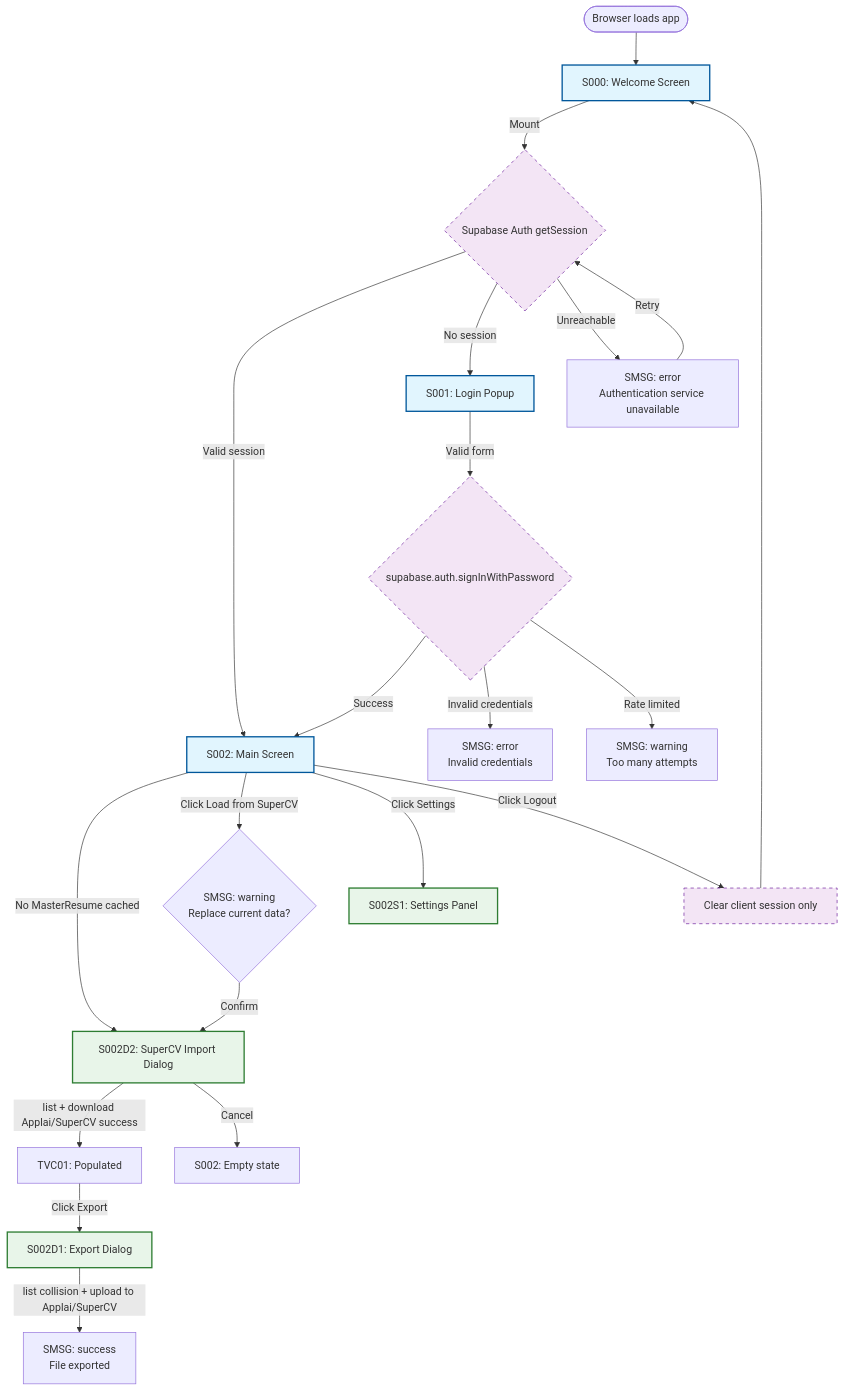
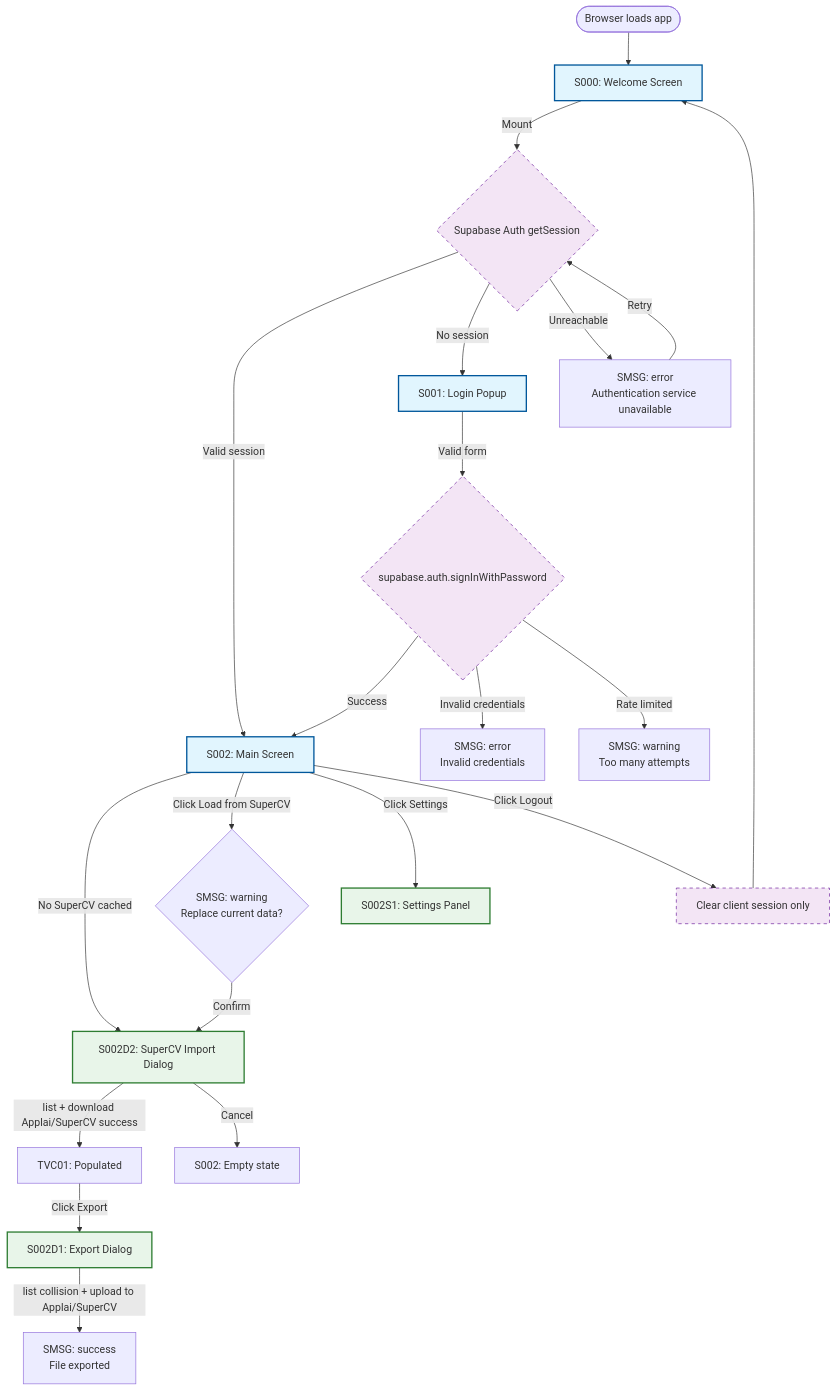
One commit to realB12/ApplAi_Generator changed the diagram in VSC/client/AI/KIMI/CONFIG/SPEC.md. Above: the diagram before and after it, drawn with Mermaid. The commit also changed other lines of this file and 4 other files, not shown here.

````diff
--- a/VSC/client/AI/KIMI/CONFIG/SPEC.md
+++ b/VSC/client/AI/KIMI/CONFIG/SPEC.md
@@ -626,30 +626,30 @@
 ```mermaid
 flowchart TD
     Start([Browser loads app]) --> S000
     S000[S000: Welcome Screen] -->|Mount| Session{Supabase Auth getSession}
     Session -->|Valid session| S002[S002: Main Screen]
     Session -->|No session| S001[S001: Login Popup]
     Session -->|Unreachable| SMSG_Error1[SMSG: error<br/>Authentication service unavailable]
     SMSG_Error1 -->|Retry| Session
     S001 -->|Valid form| LoginAPI{supabase.auth.signInWithPassword}
     LoginAPI -->|Success| S002
     LoginAPI -->|Invalid credentials| SMSG_Error2[SMSG: error<br/>Invalid credentials]
     LoginAPI -->|Rate limited| SMSG_Warn1[SMSG: warning<br/>Too many attempts]
-    S002 -->|No MasterResume cached| S002D2[S002D2: SuperCV Import Dialog]
+    S002 -->|No SuperCV cached| S002D2[S002D2: SuperCV Import Dialog]
     S002 -->|Click Load from SuperCV| ConfirmReplace{SMSG: warning<br/>Replace current data?}
     ConfirmReplace -->|Confirm| S002D2
     S002D2 -->|list + download Applai/SuperCV success| TVC01[TVC01: Populated]
     S002D2 -->|Cancel| S002_Empty[S002: Empty state]
     TVC01 -->|Click Export| S002D1[S002D1: Export Dialog]
     S002D1 -->|list collision + upload to Applai/SuperCV| SMSG_Success1[SMSG: success<br/>File exported]
     S002 -->|Click Settings| S002S1[S002S1: Settings Panel]
     S002 -->|Click Logout| LogoutLocal[Clear client session only]
     LogoutLocal --> S000
     classDef screen fill:#e1f5fe,stroke:#01579b,stroke-width:2px
     classDef msg fill:#fff3e0,stroke:#ef6c00,stroke-width:2px
     classDef api fill:#f3e5f5,stroke:#6a1b9a,stroke-width:1px,stroke-dasharray: 5 5
     classDef dialog fill:#e8f5e9,stroke:#2e7d32,stroke-width:2px
     class S000,S001,S002 screen
     class Session,LoginAPI,LogoutLocal api
     class S002D1,S002D2,S002S1 dialog
 ```
````
